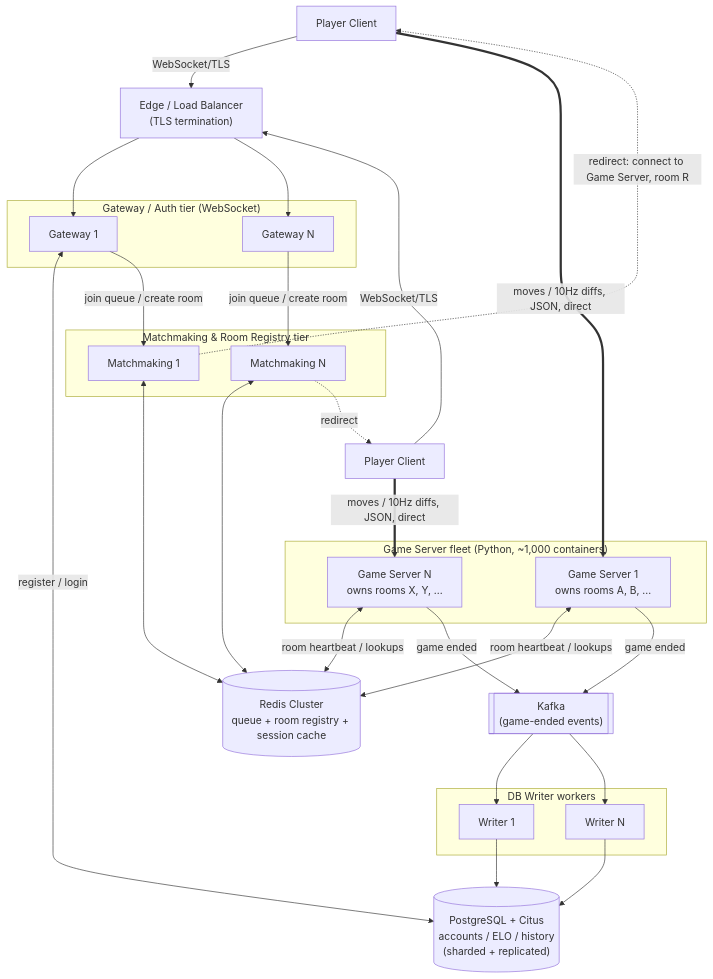
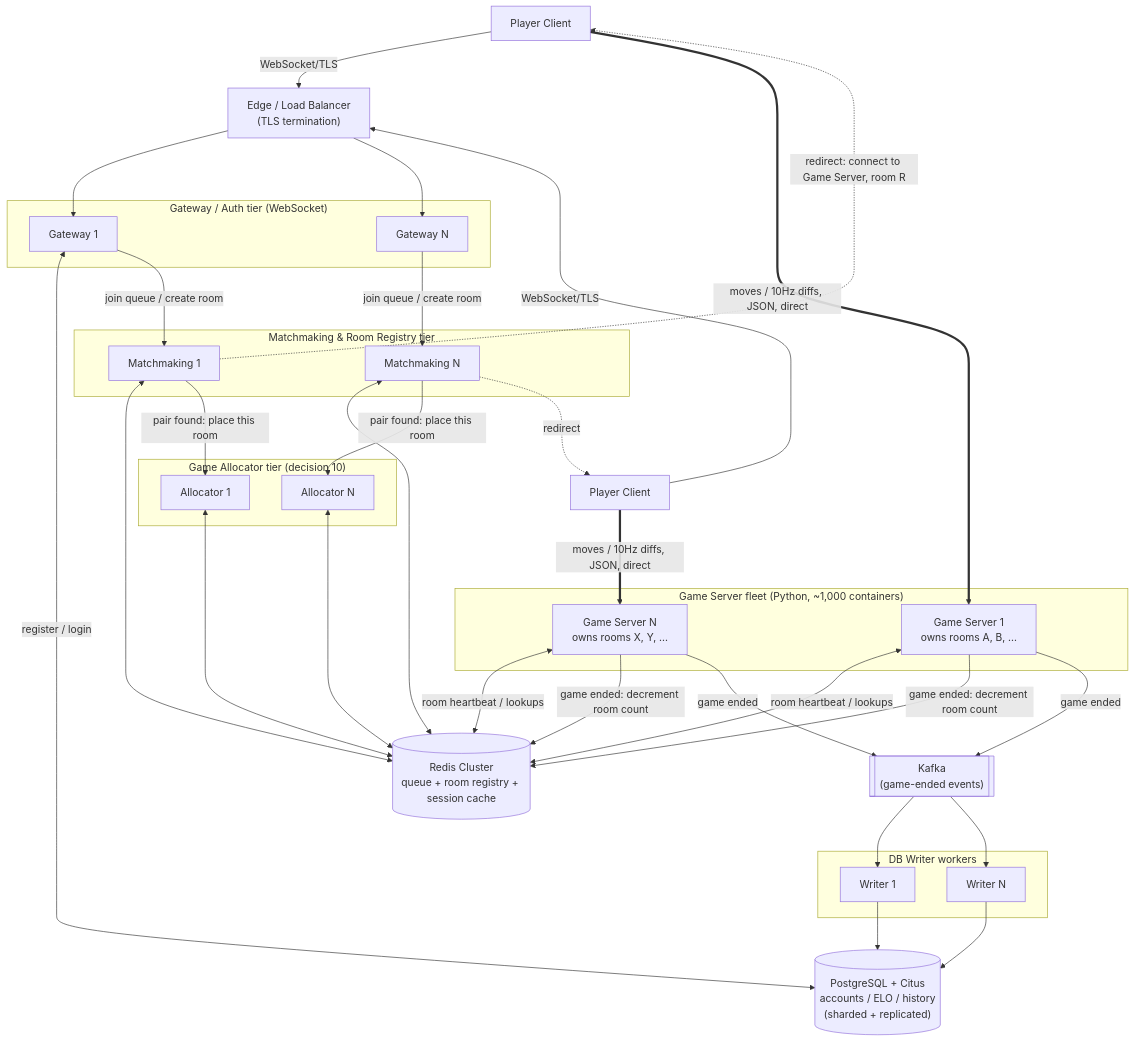
Before and after one commit to Yocheved4427/Kungfu_chess: the diagram in Server_Design.md, drawn with Mermaid. The commit also changed other lines of this file, not shown here.

First line of the commit message:
Split Game Allocator out of Matchmaking in server design

````diff
--- a/Server_Design.md
+++ b/Server_Design.md
@@ -366,55 +410,66 @@
 ```mermaid
 flowchart TB
     C1["Player Client"]
     C2["Player Client"]
 
     LB["Edge / Load Balancer<br/>(TLS termination)"]
 
     subgraph gwtier ["Gateway / Auth tier (WebSocket)"]
         GW1["Gateway 1"]
         GW2["Gateway N"]
     end
 
     subgraph mmtier ["Matchmaking & Room Registry tier"]
         MM1["Matchmaking 1"]
         MM2["Matchmaking N"]
+    end
+
+    subgraph alloctier ["Game Allocator tier (decision 10)"]
+        AL1["Allocator 1"]
+        AL2["Allocator N"]
     end
 
     Redis[("Redis Cluster<br/>queue + room registry + session cache")]
 
     subgraph gstier ["Game Server fleet (Python, ~1,000 containers)"]
         GS1["Game Server 1<br/>owns rooms A, B, ..."]
         GS2["Game Server N<br/>owns rooms X, Y, ..."]
     end
 
     Bus[["Kafka<br/>(game-ended events)"]]
 
     subgraph wtier ["DB Writer workers"]
         W1["Writer 1"]
         W2["Writer N"]
     end
 
     DB[("PostgreSQL + Citus<br/>accounts / ELO / history<br/>(sharded + replicated)")]
 
     C1 -->|WebSocket/TLS| LB
     C2 -->|WebSocket/TLS| LB
     LB --> GW1
     LB --> GW2
     GW1 <-->|register / login| DB
     GW1 -->|join queue / create room| MM1
     GW2 -->|join queue / create room| MM2
     MM1 <--> Redis
     MM2 <--> Redis
+    MM1 -->|"pair found: place this room"| AL1
+    MM2 -->|"pair found: place this room"| AL2
+    AL1 <--> Redis
+    AL2 <--> Redis
     MM1 -.->|"redirect: connect to Game Server, room R"| C1
     MM2 -.->|redirect| C2
     C1 ==>|"moves / 10Hz diffs, JSON, direct"| GS1
     C2 ==>|"moves / 10Hz diffs, JSON, direct"| GS2
     GS1 <-->|room heartbeat / lookups| Redis
     GS2 <-->|room heartbeat / lookups| Redis
+    GS1 -->|game ended: decrement room count| Redis
+    GS2 -->|game ended: decrement room count| Redis
     GS1 -->|game ended| Bus
     GS2 -->|game ended| Bus
     Bus --> W1
     Bus --> W2
     W1 --> DB
     W2 --> DB
 ```
````
